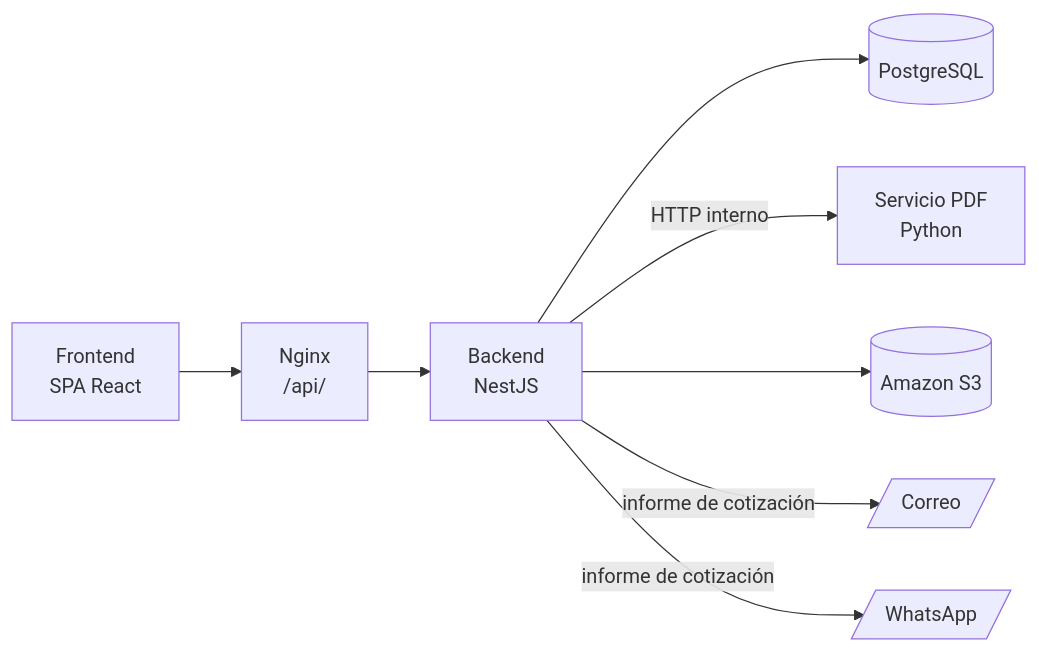
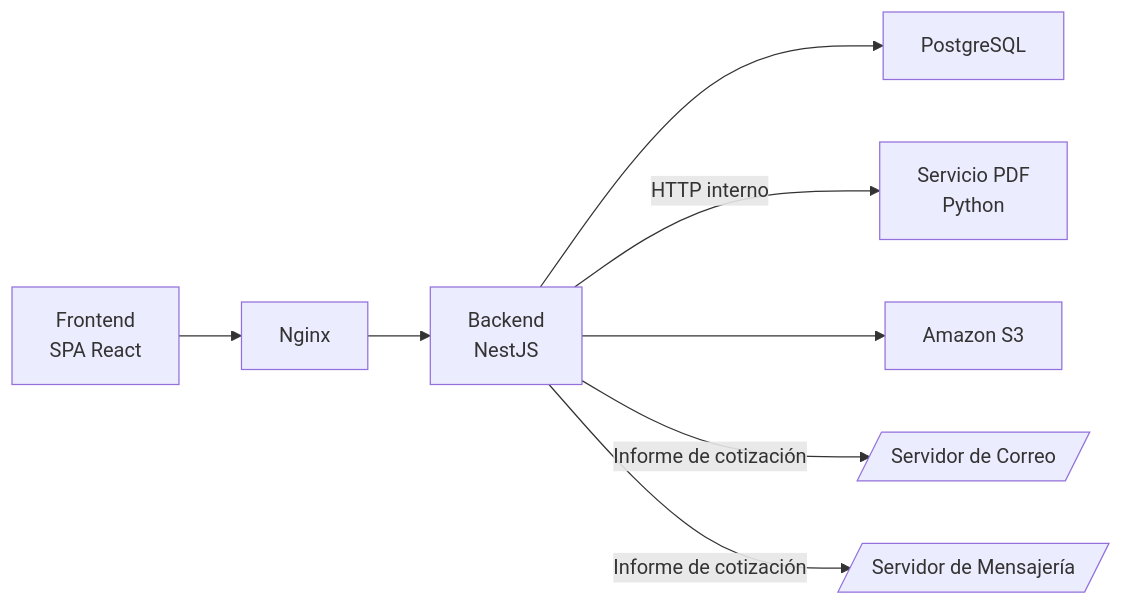
The first of 4 diagrams in docs/arquitectura/backend.md (MateoCastro304/Sistema-De-Gestion-TC), drawn with Mermaid before and after one commit. The commit also changed other lines of this file and 14 other files, not shown here.

````diff
--- a/docs/arquitectura/backend.md
+++ b/docs/arquitectura/backend.md
@@ -29,18 +27,19 @@
 ```mermaid
 flowchart LR
     FE["Frontend<br/>SPA React"]
-    NG["Nginx<br/>/api/"]
+    NG["Nginx"]
     BE["Backend<br/>NestJS"]
-    DB[(PostgreSQL)]
+    DB["PostgreSQL"]
     PDF["Servicio PDF<br/>Python"]
-    S3[(Amazon S3)]
-    MAIL[/Correo/]
-    WA[/WhatsApp/]
+    S3["Amazon S3"]
+    MAIL[/Servidor de Correo/]
+    WA[/Servidor de Mensajería/]
 
-    FE --> NG --> BE
+    FE --> NG
+    NG --> BE
     BE --> DB
     BE -->|HTTP interno| PDF
     BE --> S3
-    BE -->|informe de cotización| MAIL
-    BE -->|informe de cotización| WA
+    BE -->|Informe de cotización| MAIL
+    BE -->|Informe de cotización| WA
 ```
````
